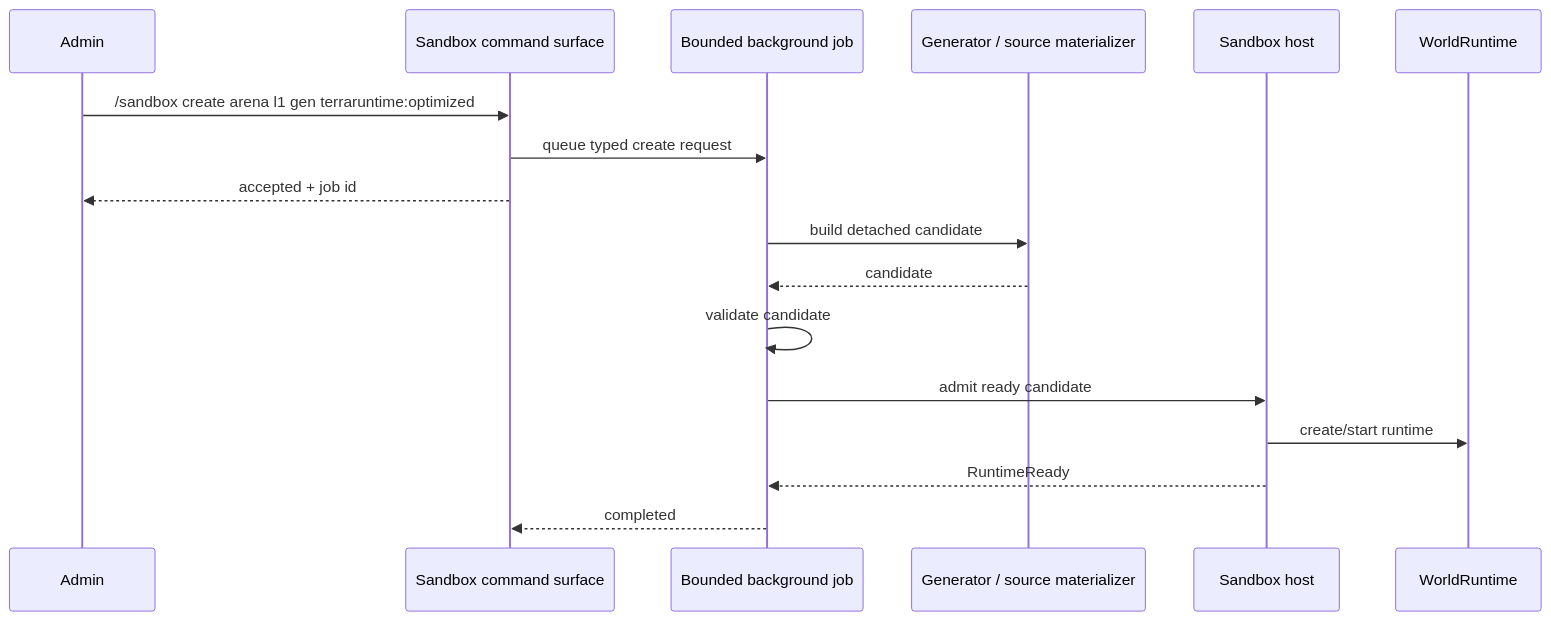
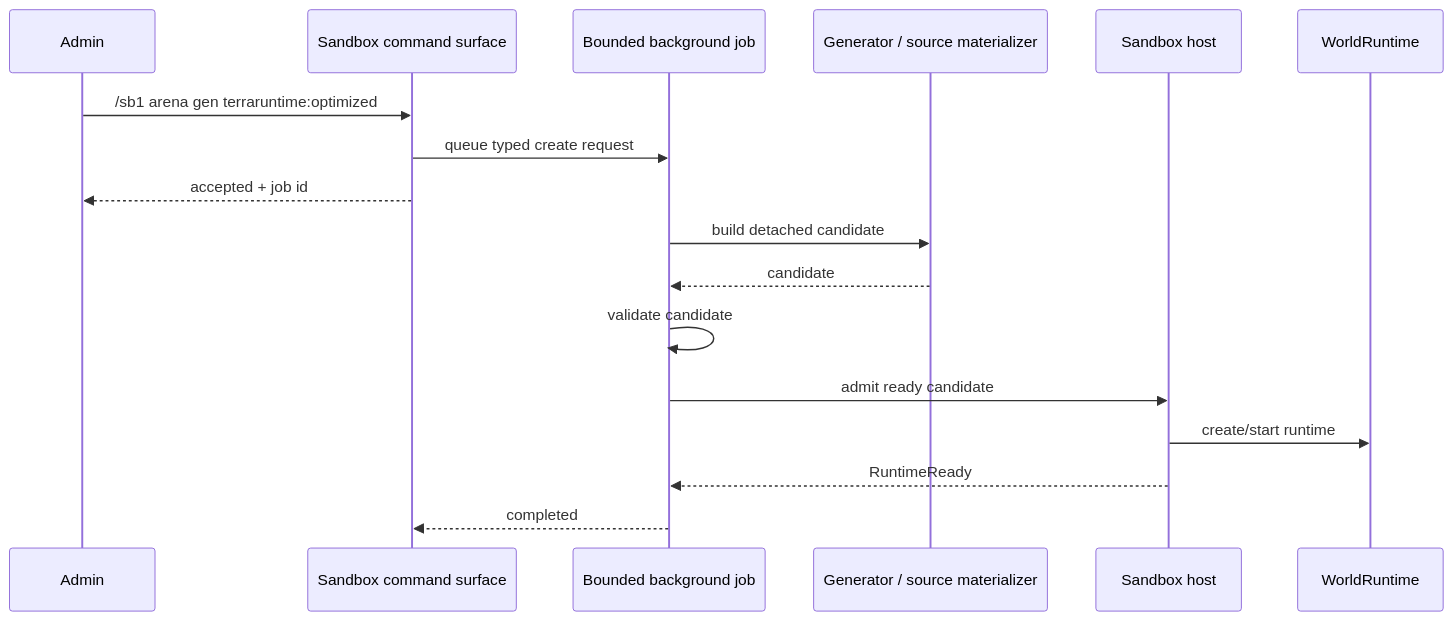
One commit to VegaKernel/TerraRuntime changed the first of 6 diagrams in docs/roadmap/sandbox/debug-commands.md. Above: the diagram before and after it, drawn with Mermaid. The commit also changed other lines of this file and 23 other files, not shown here.

````diff
--- a/docs/roadmap/sandbox/debug-commands.md
+++ b/docs/roadmap/sandbox/debug-commands.md
@@ -54,20 +51,20 @@
 ```mermaid
 sequenceDiagram
     participant A as Admin
     participant C as Sandbox command surface
     participant J as Bounded background job
     participant G as Generator / source materializer
     participant H as Sandbox host
     participant W as WorldRuntime
 
-    A->>C: /sandbox create arena l1 gen terraruntime:optimized
+    A->>C: /sb1 arena gen terraruntime:optimized
     C->>J: queue typed create request
     C-->>A: accepted + job id
     J->>G: build detached candidate
     G-->>J: candidate
     J->>J: validate candidate
     J->>H: admit ready candidate
     H->>W: create/start runtime
     H-->>J: RuntimeReady
     J-->>C: completed
 ```
````
